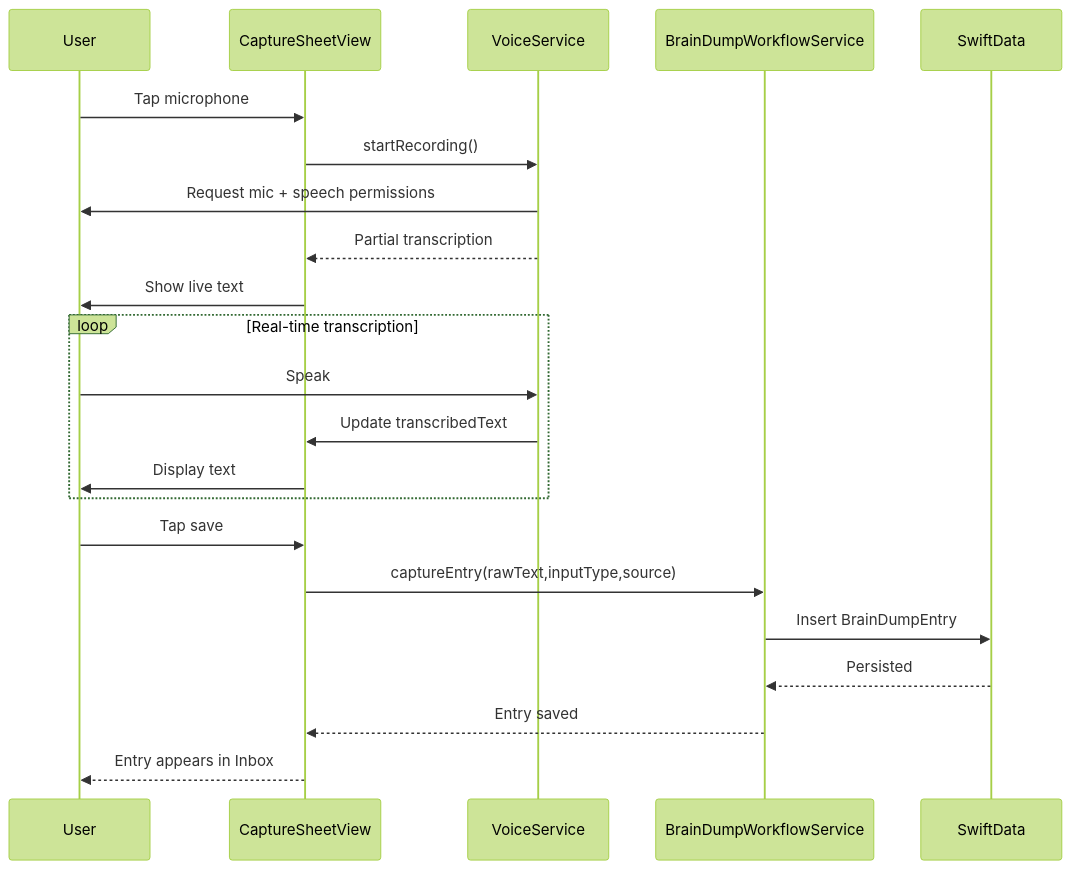
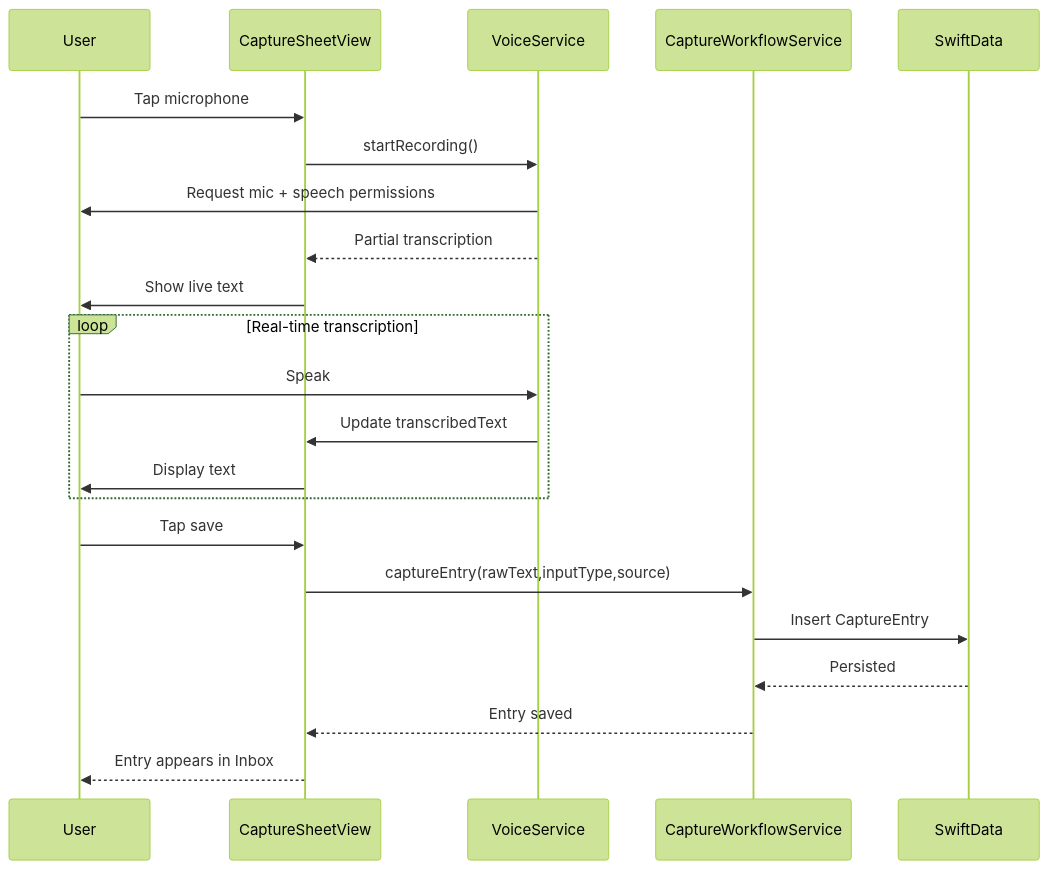
One commit to Will-Conklin/offload changed the fourth of 4 diagrams in README.md. Above: the diagram before and after it, drawn with Mermaid (forest theme). The commit also changed other lines of this file and 4 other files, not shown here.

Commit message:
Update documentation for current capture workflow

````diff
--- a/README.md
+++ b/README.md
@@ -189,27 +189,27 @@
 ```mermaid
 sequenceDiagram
     participant User
     participant CaptureSheet as CaptureSheetView
     participant VoiceService
-    participant Workflow as BrainDumpWorkflowService
+    participant Workflow as CaptureWorkflowService
     participant SwiftData
 
     User->>CaptureSheet: Tap microphone
     CaptureSheet->>VoiceService: startRecording()
     VoiceService->>User: Request mic + speech permissions
     VoiceService-->>CaptureSheet: Partial transcription
     CaptureSheet->>User: Show live text
 
     loop Real-time transcription
         User->>VoiceService: Speak
         VoiceService->>CaptureSheet: Update transcribedText
         CaptureSheet->>User: Display text
     end
 
     User->>CaptureSheet: Tap save
     CaptureSheet->>Workflow: captureEntry(rawText,inputType,source)
-    Workflow->>SwiftData: Insert BrainDumpEntry
+    Workflow->>SwiftData: Insert CaptureEntry
     SwiftData-->>Workflow: Persisted
     Workflow-->>CaptureSheet: Entry saved
     CaptureSheet-->>User: Entry appears in Inbox
 ```
````
